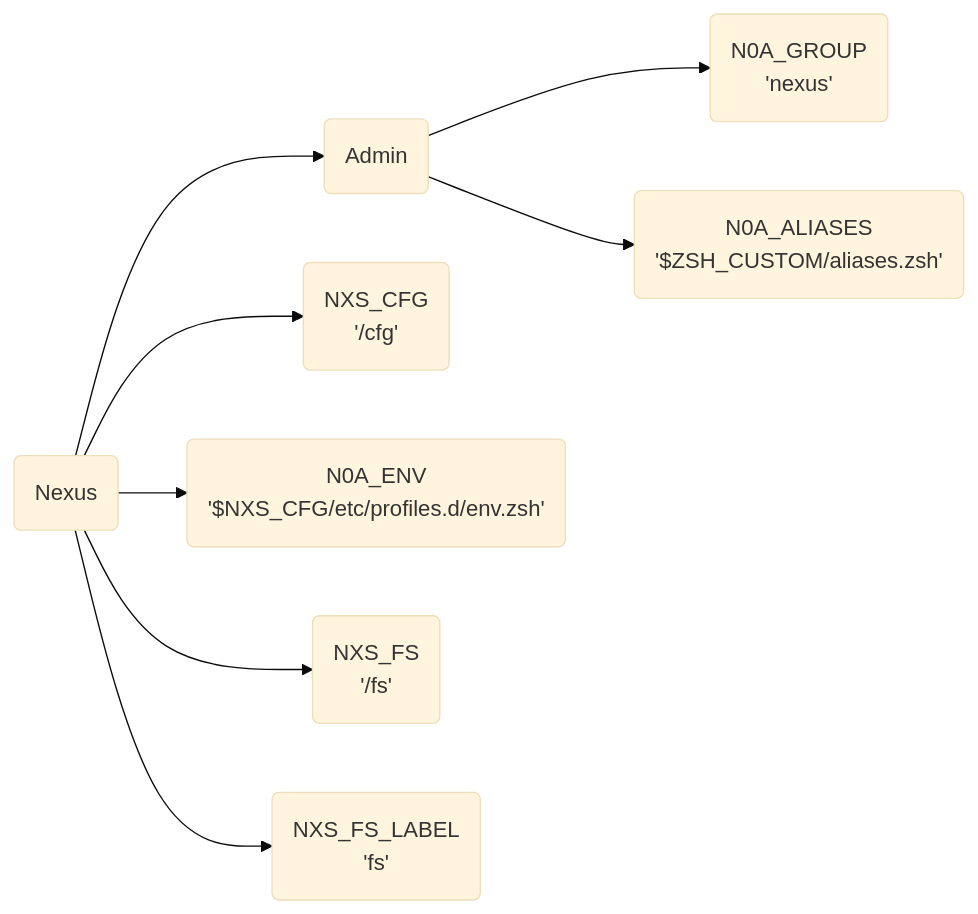
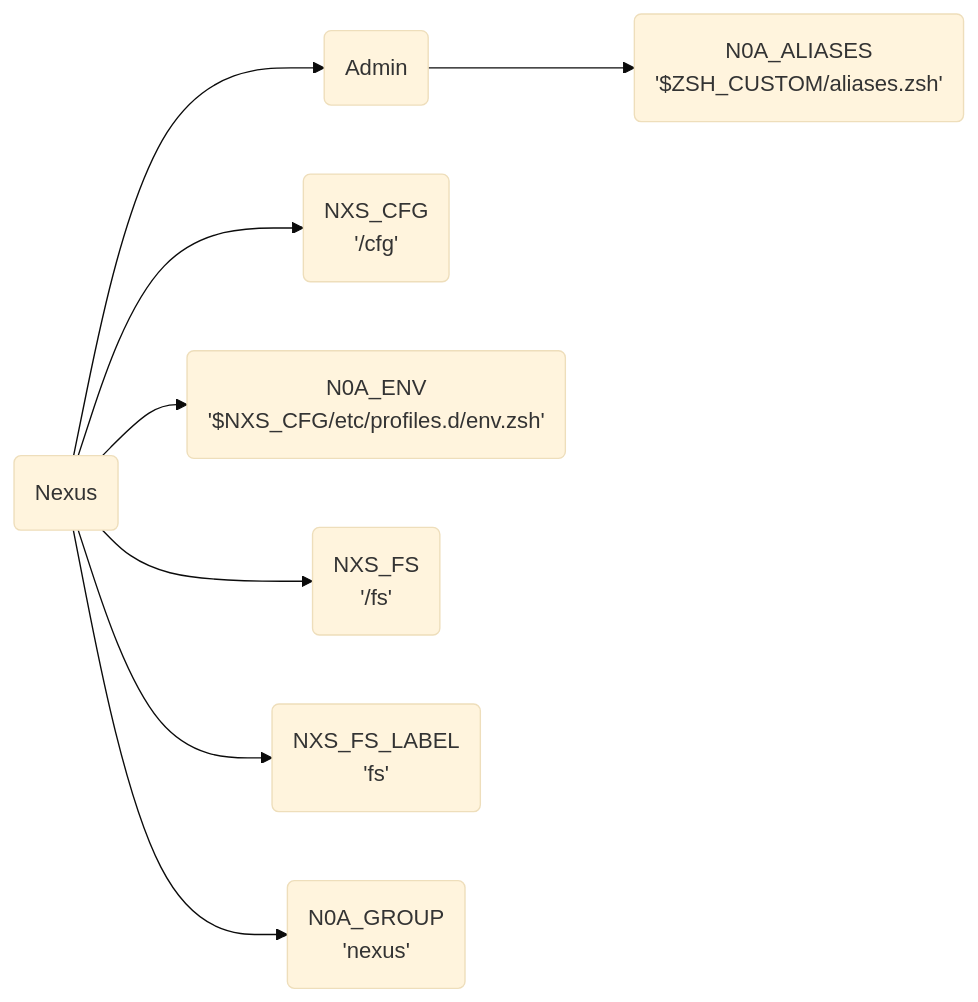
Before and after one commit to agenkit/GHost: the diagram in setup/basic.md, drawn with Mermaid (base theme).

````diff
--- a/setup/basic.md
+++ b/setup/basic.md
@@ -35,15 +35,15 @@
 ```mermaid
 graph LR
    n("Nexus")
    a("Admin")
    cfg("NXS_CFG<br>'/cfg'")
    env("N0A_ENV<br>'$NXS_CFG/etc/profiles.d/env.zsh'")
    fs("NXS_FS<br>'/fs'")
    fsl("NXS_FS_LABEL<br>'fs'")
    grp("N0A_GROUP<br>'nexus'")
    as("N0A_ALIASES<br>'$ZSH_CUSTOM/aliases.zsh'")
 
-   n --> cfg & env & fs & fsl
+   n --> cfg & env & fs & fsl & grp
    n --> a
-   a --> grp & as
+   a --> as
 ```
````
